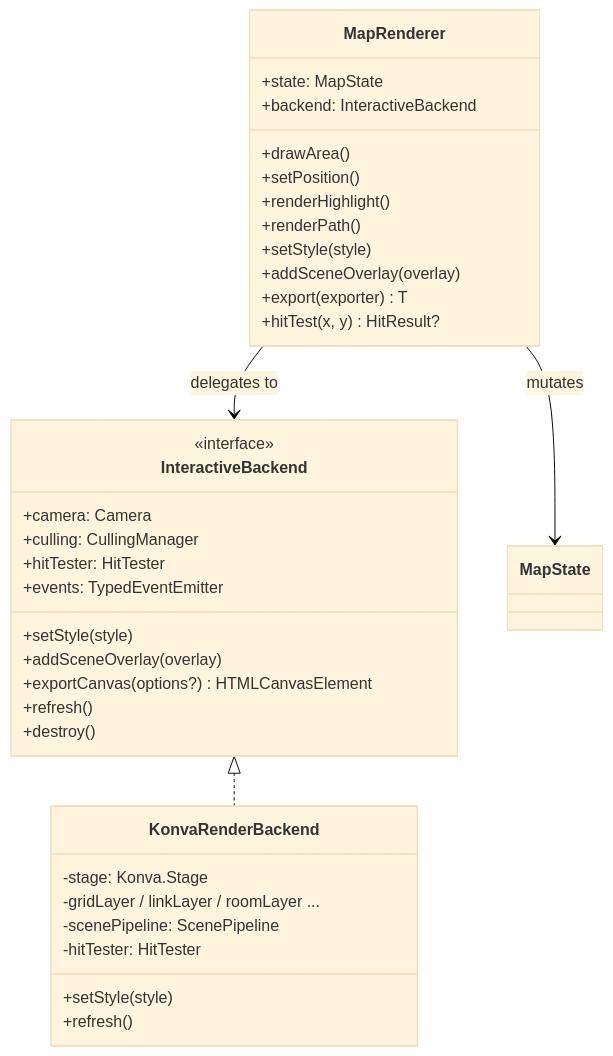
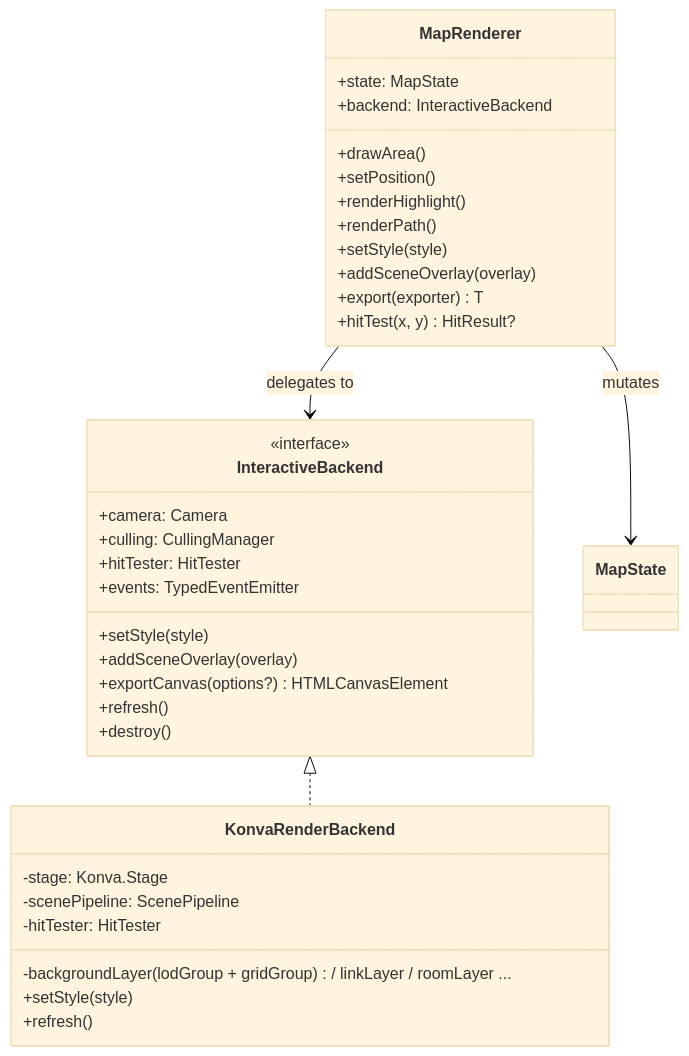
One commit to Delwing/mudlet-map-renderer changed the ninth of 17 diagrams in docs/architecture.md. Above: the diagram before and after it, drawn with Mermaid (base theme). The commit also changed other lines of this file and 8 other files, not shown here.

````diff
--- a/docs/architecture.md
+++ b/docs/architecture.md
@@ -378,41 +378,41 @@
 ```mermaid
 classDiagram
     class InteractiveBackend {
         <<interface>>
         +camera: Camera
         +culling: CullingManager
         +hitTester: HitTester
         +events: TypedEventEmitter
         +setStyle(style)
         +addSceneOverlay(overlay)
         +exportCanvas(options?) HTMLCanvasElement
         +refresh()
         +destroy()
     }
 
     class KonvaRenderBackend {
         -stage: Konva.Stage
-        -gridLayer / linkLayer / roomLayer ...
+        -backgroundLayer (lodGroup + gridGroup) / linkLayer / roomLayer ...
         -scenePipeline: ScenePipeline
         -hitTester: HitTester
         +setStyle(style)
         +refresh()
     }
 
     class MapRenderer {
         +state: MapState
         +backend: InteractiveBackend
         +drawArea()
         +setPosition()
         +renderHighlight()
         +renderPath()
         +setStyle(style)
         +addSceneOverlay(overlay)
         +export(exporter) T
         +hitTest(x, y) HitResult?
     }
 
     InteractiveBackend <|.. KonvaRenderBackend
     MapRenderer --> InteractiveBackend : delegates to
     MapRenderer --> MapState : mutates
 ```
````
